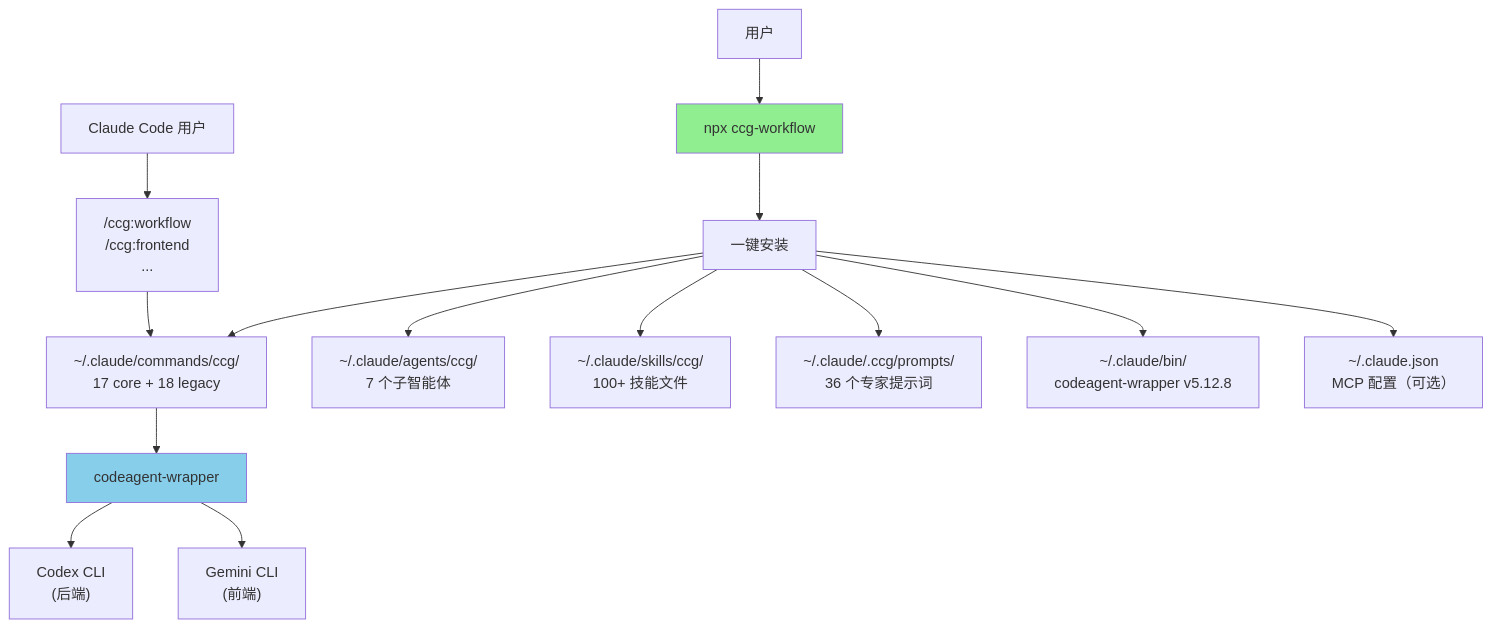
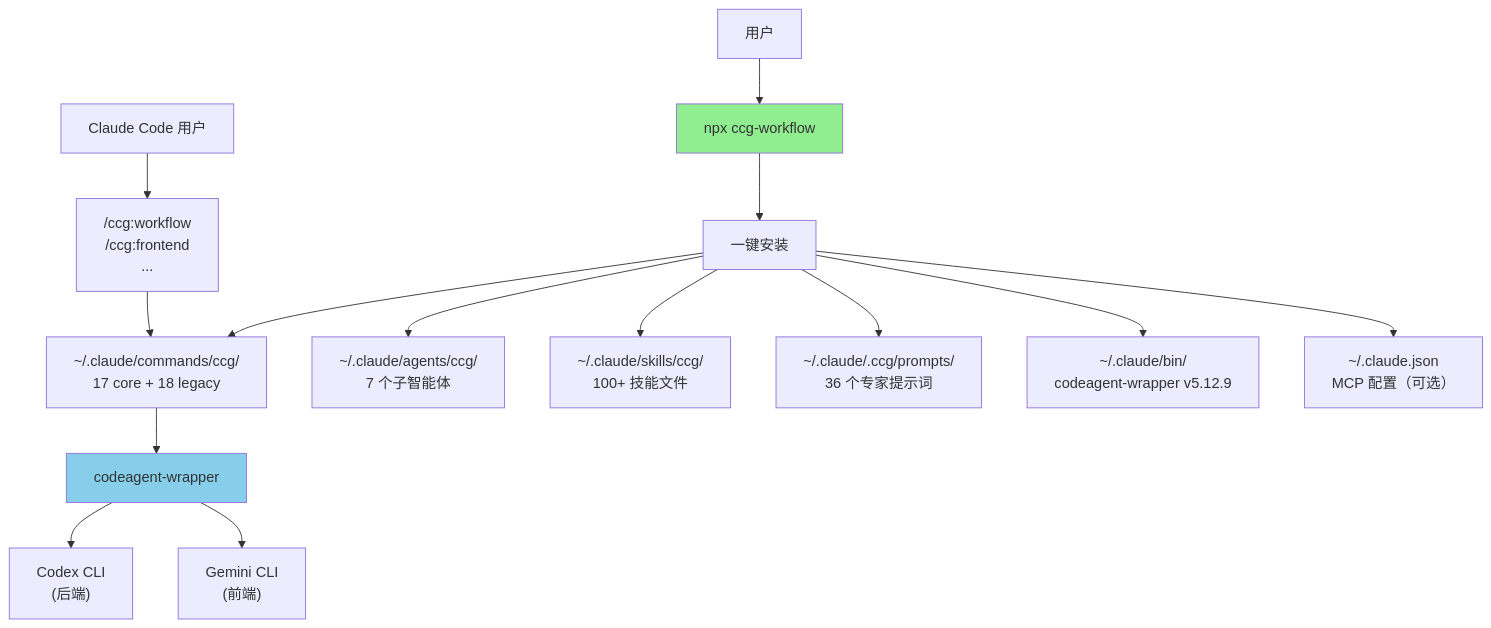
One commit to jed-zed/trellis-ccg-harness changed the diagram in components/ccg-workflow/CLAUDE.md. Above: the diagram before and after it, drawn with Mermaid. The commit also changed other lines of this file and 71 other files, not shown here.

````diff
--- a/components/ccg-workflow/CLAUDE.md
+++ b/components/ccg-workflow/CLAUDE.md
@@ -696,22 +696,22 @@
 ```mermaid
 graph TD
     User["用户"] --> CLI["npx ccg-workflow"]
     CLI --> Init["一键安装"]
 
     Init --> Commands["~/.claude/commands/ccg/<br/>17 core + 18 legacy"]
     Init --> Agents["~/.claude/agents/ccg/<br/>7 个子智能体"]
     Init --> Skills["~/.claude/skills/ccg/<br/>100+ 技能文件"]
     Init --> Prompts["~/.claude/.ccg/prompts/<br/>36 个专家提示词"]
-    Init --> Binary["~/.claude/bin/<br/>codeagent-wrapper v5.12.8"]
+    Init --> Binary["~/.claude/bin/<br/>codeagent-wrapper v5.12.9"]
     Init --> MCP["~/.claude.json<br/>MCP 配置（可选）"]
 
     User2["Claude Code 用户"] --> SlashCmd["/ccg:workflow<br/>/ccg:frontend<br/>..."]
     SlashCmd --> Commands
 
     Commands --> Wrapper["codeagent-wrapper"]
     Wrapper --> Codex["Codex CLI<br/>(后端)"]
     Wrapper --> Gemini["Gemini CLI<br/>(前端)"]
 
     style CLI fill:#90EE90
     style Wrapper fill:#87CEEB
 ```
````
